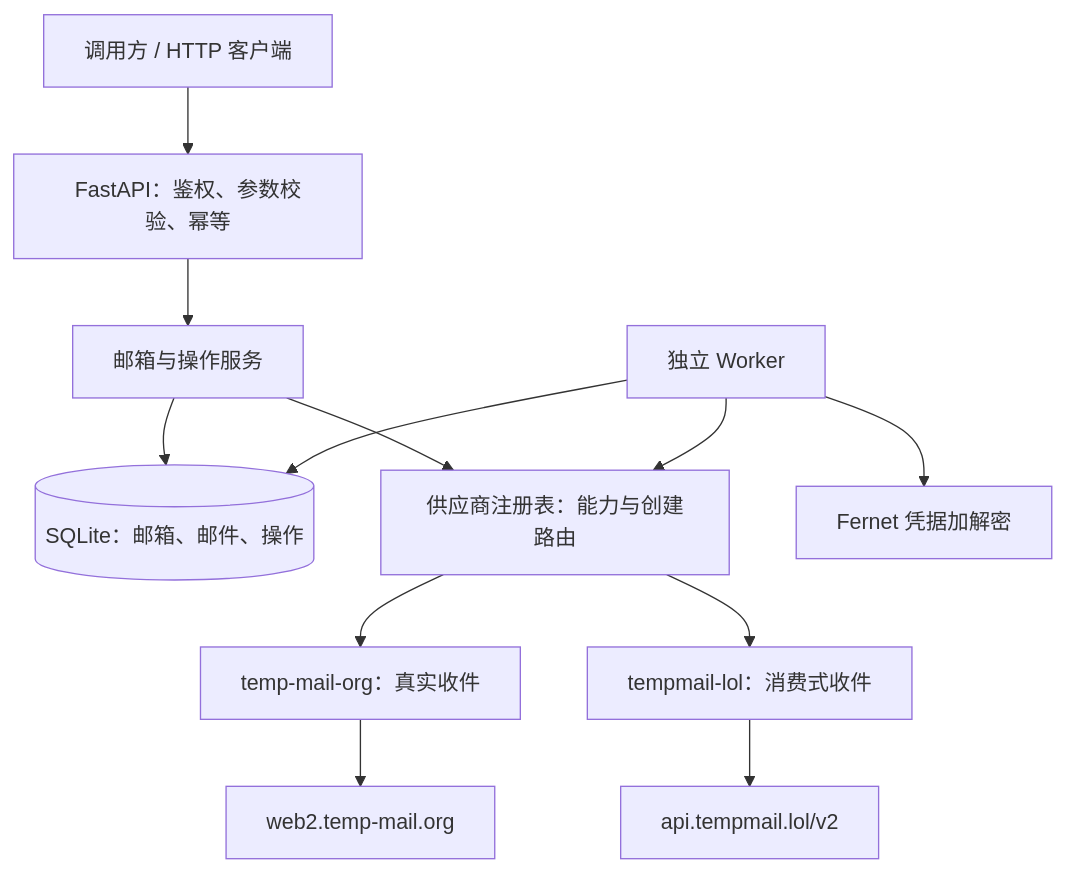
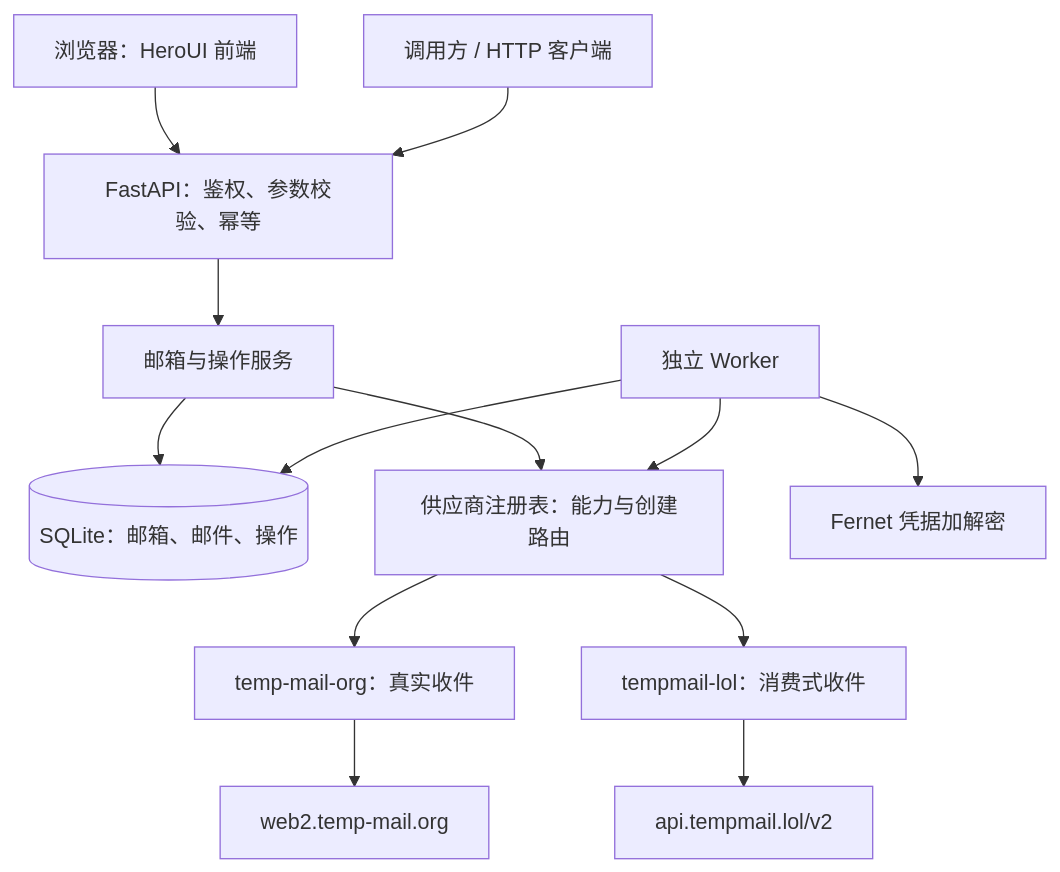
The first of 5 diagrams in docs/design.md (ThinkerWen/temp-mail), drawn with Mermaid before and after one commit. The commit also changed other lines of this file and 40 other files, not shown here.

````diff
--- a/docs/design.md
+++ b/docs/design.md
@@ -32,14 +33,15 @@
 ```mermaid
 flowchart TD
-    Client[调用方 / HTTP 客户端] --> API[FastAPI：鉴权、参数校验、幂等]
+    Browser[浏览器：HeroUI 前端] --> API[FastAPI：鉴权、参数校验、幂等]
+    Client[调用方 / HTTP 客户端] --> API
     API --> Service[邮箱与操作服务]
     Service --> DB[(SQLite：邮箱、邮件、操作)]
     Service --> Registry[供应商注册表：能力与创建路由]
     Worker[独立 Worker] --> DB
     Worker --> Registry
     Registry --> Real[temp-mail-org：真实收件]
     Real --> Upstream[web2.temp-mail.org]
     Registry --> Lol[tempmail-lol：消费式收件]
     Lol --> LolAPI[api.tempmail.lol/v2]
     Worker --> Crypto[Fernet 凭据加解密]
 ```
````
